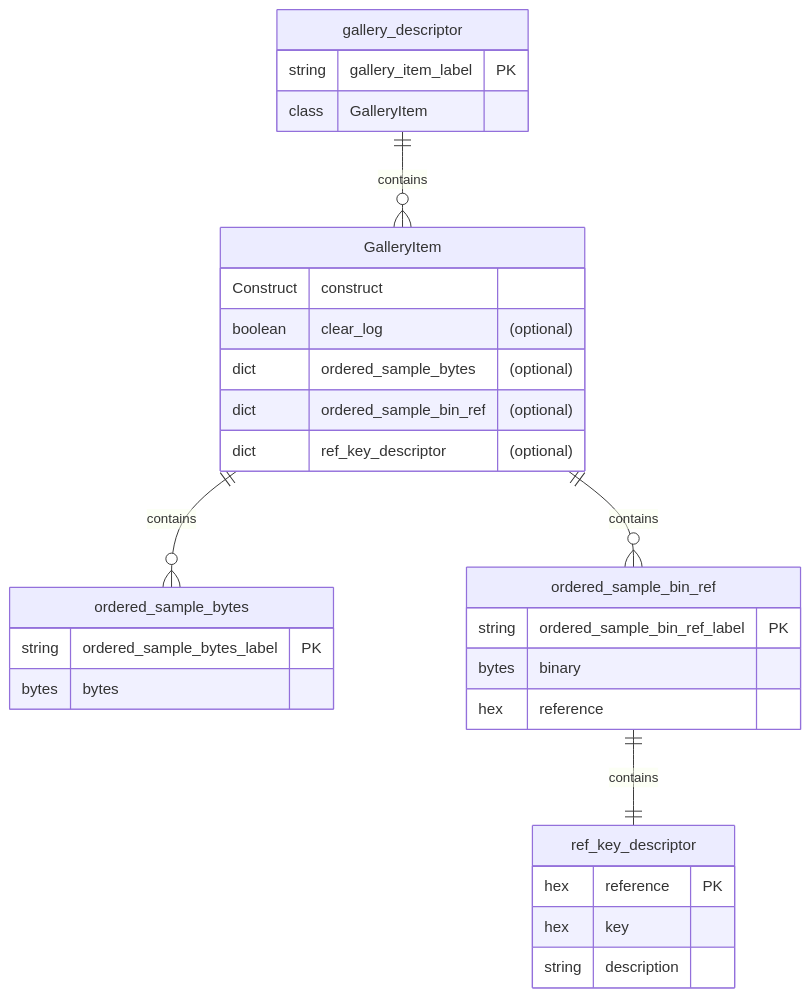
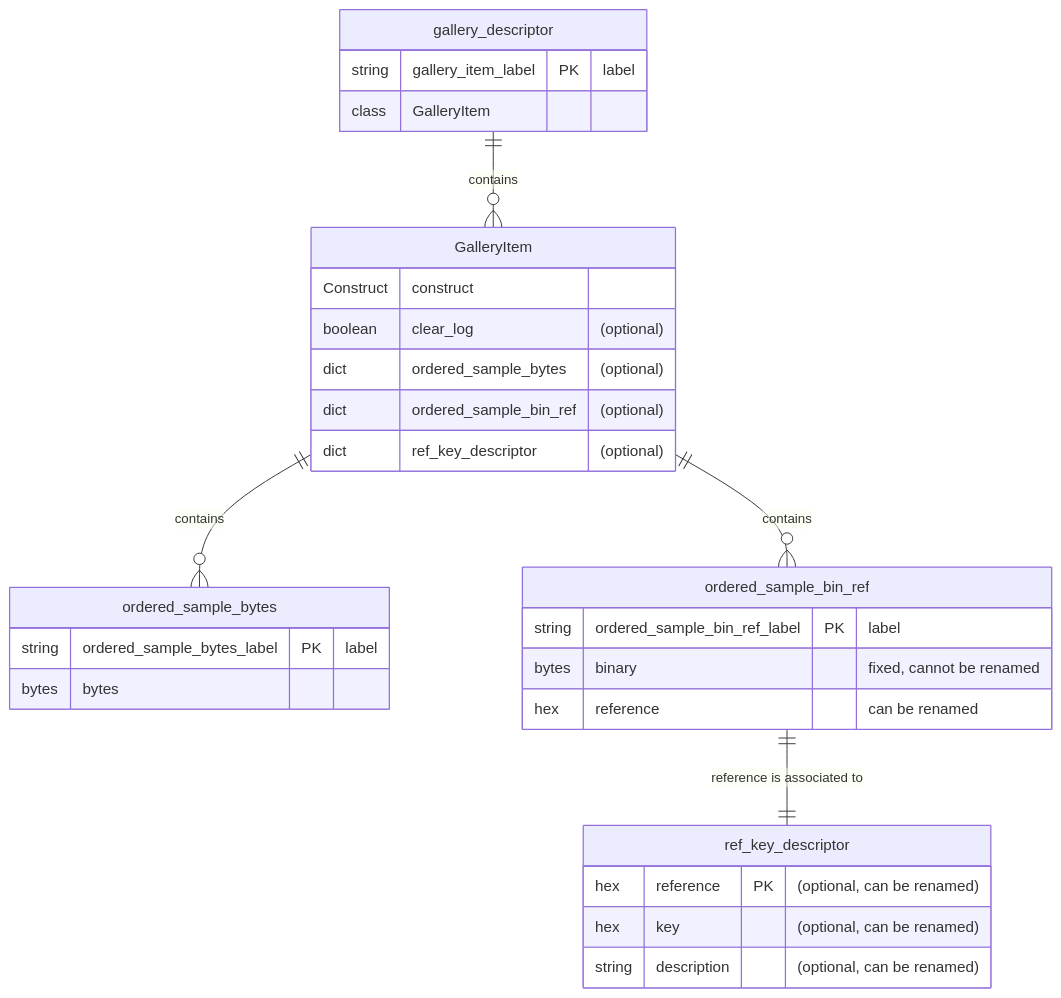
The first of 4 diagrams in README.md (Ircama/construct-gallery), drawn with Mermaid before and after one commit. The commit also changed other lines of this file and 1 other file, not shown here.

````diff
--- a/README.md
+++ b/README.md
@@ -392,33 +390,33 @@
 ```mermaid
 erDiagram
     gallery_descriptor {
         %% "construct" selector, upper list box
-        string gallery_item_label PK
+        string gallery_item_label PK "label"
         class GalleryItem
     }
     "GalleryItem" {
         Construct construct
         boolean clear_log "(optional)"
         dict ordered_sample_bytes "(optional)"
         dict ordered_sample_bin_ref "(optional)"
         dict ref_key_descriptor "(optional)"
     }
     ordered_sample_bytes {
-        string ordered_sample_bytes_label PK
+        string ordered_sample_bytes_label PK "label"
         bytes bytes
     }
     ordered_sample_bin_ref {
-        string ordered_sample_bin_ref_label PK
-        bytes binary
-        hex reference
+        string ordered_sample_bin_ref_label PK "label"
+        bytes binary "fixed, cannot be renamed"
+        hex reference "can be renamed"
     }
     ref_key_descriptor {
-        hex reference PK
-        hex key
-        string description
+        hex reference PK "(optional, can be renamed)"
+        hex key "(optional, can be renamed)"
+        string description "(optional, can be renamed)"
     }
     gallery_descriptor ||--o{ GalleryItem : contains
     GalleryItem ||--o{ ordered_sample_bytes : contains
     GalleryItem ||--o{ ordered_sample_bin_ref : contains
-    ordered_sample_bin_ref ||--|| ref_key_descriptor : contains
+    ordered_sample_bin_ref ||--|| ref_key_descriptor : "reference is associated to"
 ```
````
